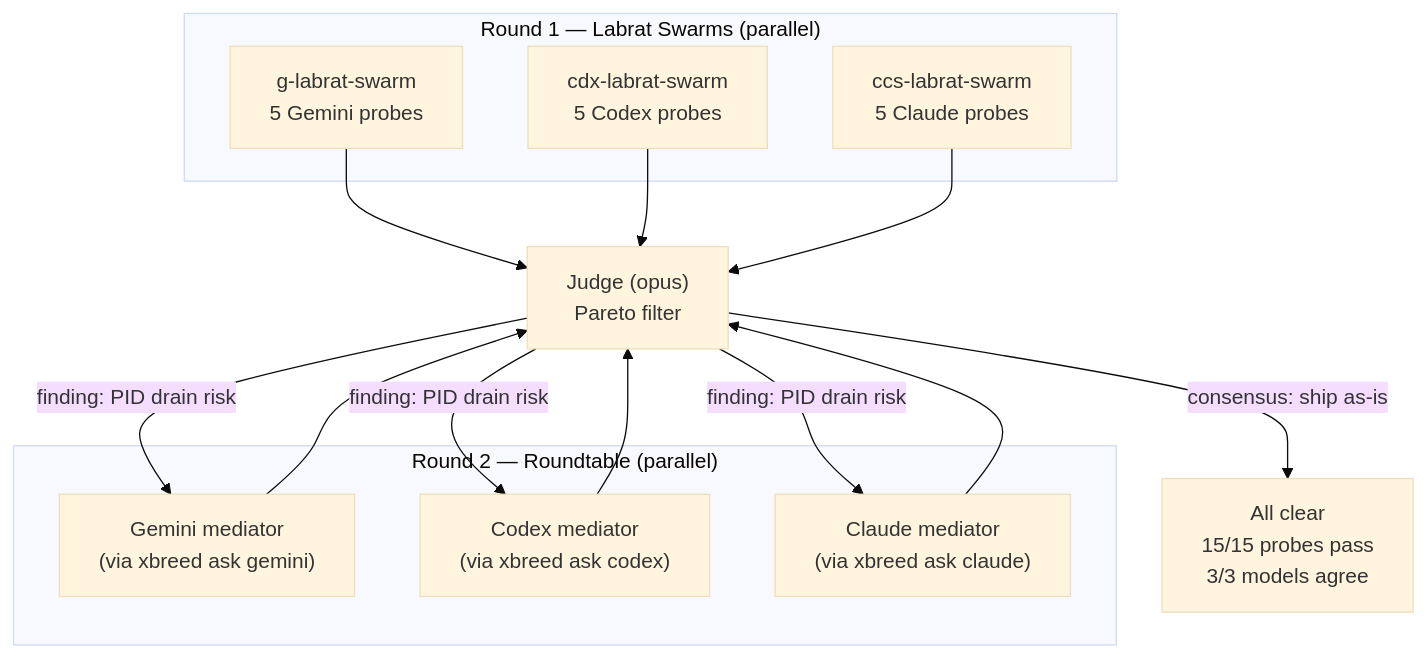
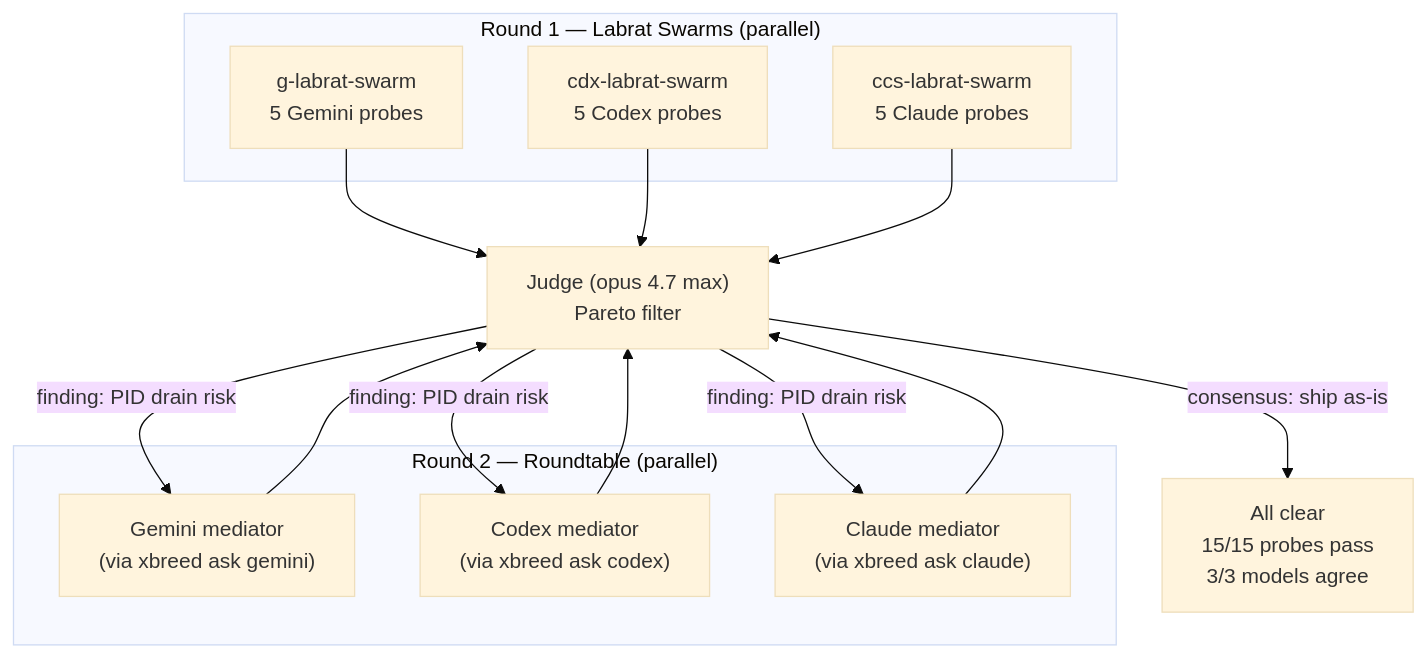
Before and after one commit to VeigaPunk/xbrd-gdsp-fknpft: the diagram in docs/swarm-test-flow.md, drawn with Mermaid (base theme). The commit also changed 5 other files, not shown here.

First line of the commit message:
chore(docs): opus 4.7 max sweep + dynamic pacing + nuke remember runtime state

````diff
--- a/docs/swarm-test-flow.md
+++ b/docs/swarm-test-flow.md
@@ -8,23 +8,23 @@
 ```mermaid
 flowchart TD
     subgraph "Round 1 — Labrat Swarms (parallel)"
         G["g-labrat-swarm\n5 Gemini probes"]
         X["cdx-labrat-swarm\n5 Codex probes"]
         C["ccs-labrat-swarm\n5 Claude probes"]
     end
 
     subgraph "Round 2 — Roundtable (parallel)"
         GR["Gemini mediator\n(via xbreed ask gemini)"]
         XR["Codex mediator\n(via xbreed ask codex)"]
         CR["Claude mediator\n(via xbreed ask claude)"]
     end
 
-    Judge["Judge (opus)\nPareto filter"]
+    Judge["Judge (opus 4.7 max)\nPareto filter"]
 
     G --> Judge
     X --> Judge
     C --> Judge
     Judge -->|finding: PID drain risk| GR & XR & CR
     GR & XR & CR --> Judge
     Judge -->|consensus: ship as-is| Done["All clear\n15/15 probes pass\n3/3 models agree"]
 ```
````
